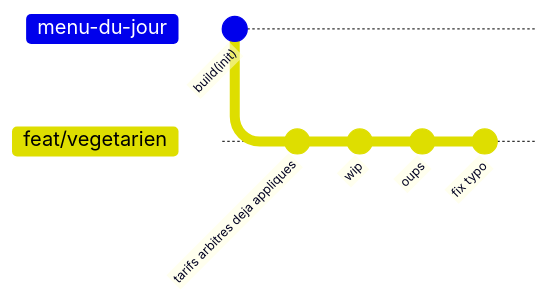
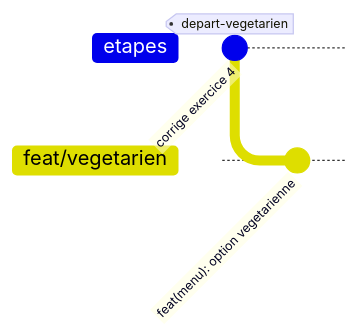
Before and after one commit to L3-MIAGE-GRENOBLE/l3m-git-2026-2027: the sixth of 6 diagrams in README.md, drawn with Mermaid. The commit also changed other lines of this file and 6 other files, not shown here.

````diff
--- a/README.md
+++ b/README.md
@@ -460,10 +537,7 @@
 ```mermaid
-%%{init: {'gitGraph': {'mainBranchName': 'menu-du-jour'}}}%%
+%%{init: {'gitGraph': {'mainBranchName': 'etapes'}}}%%
 gitGraph
-   commit id: "build(init)"
+   commit id: "corrige exercice 4" tag: "depart-vegetarien"
    branch feat/vegetarien
-   commit id: "tarifs arbitres deja appliques"
-   commit id: "wip"
-   commit id: "oups"
-   commit id: "fix typo"
+   commit id: "feat(menu): option vegetarienne"
 ```
````
